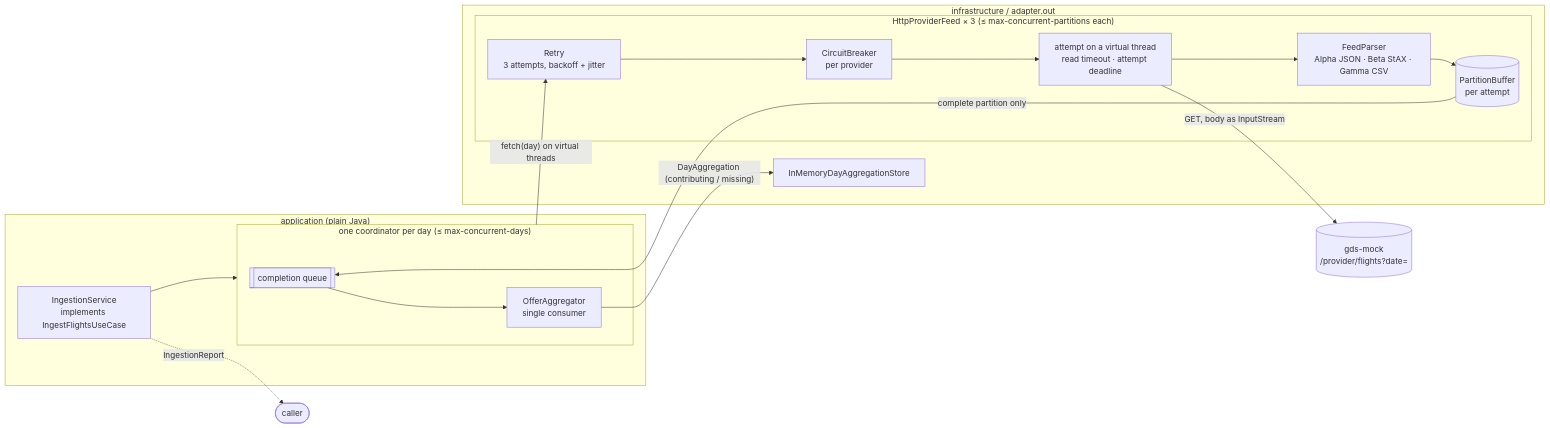
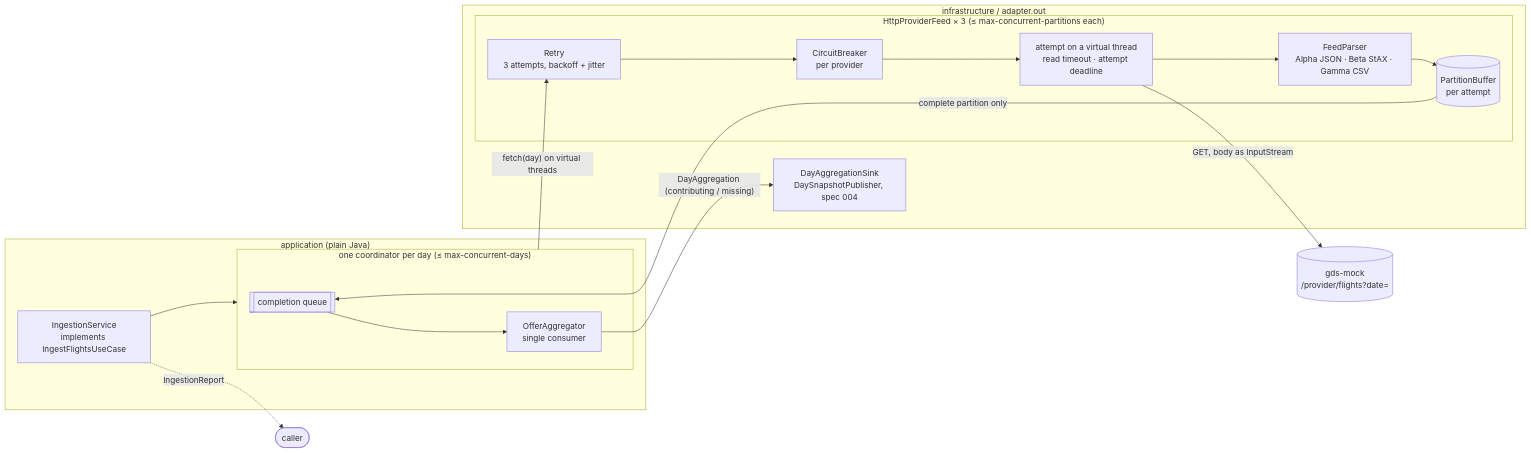
The second of 4 diagrams in docs/architecture.md (andresps980/flight-aggregator), drawn with Mermaid before and after one commit. The commit also changed other lines of this file and 7 other files, not shown here.

````diff
--- a/docs/architecture.md
+++ b/docs/architecture.md
@@ -49,28 +49,28 @@
 ```mermaid
 flowchart LR
     subgraph application["application (plain Java)"]
         uc[IngestionService<br/>implements IngestFlightsUseCase]
         subgraph day["one coordinator per day (≤ max-concurrent-days)"]
             q[[completion queue]] --> agg[OfferAggregator<br/>single consumer]
         end
         uc --> day
     end
 
     subgraph infra["infrastructure / adapter.out"]
         subgraph feed["HttpProviderFeed × 3 (≤ max-concurrent-partitions each)"]
             retry[Retry<br/>3 attempts, backoff + jitter] --> cb[CircuitBreaker<br/>per provider]
             cb --> att[attempt on a virtual thread<br/>read timeout · attempt deadline]
             att --> parser[FeedParser<br/>Alpha JSON · Beta StAX · Gamma CSV]
             parser --> buf[(PartitionBuffer<br/>per attempt)]
         end
-        sink[InMemoryDayAggregationStore]
+        sink[DayAggregationSink<br/>DaySnapshotPublisher, spec 004]
     end
 
     mock[(gds-mock<br/>/provider/flights?date=)]
 
     day -- "fetch(day) on virtual threads" --> retry
     att -- "GET, body as InputStream" --> mock
     buf -- "complete partition only" --> q
     agg -- "DayAggregation (contributing / missing)" --> sink
     uc -. "IngestionReport" .-> caller([caller])
 ```
````
